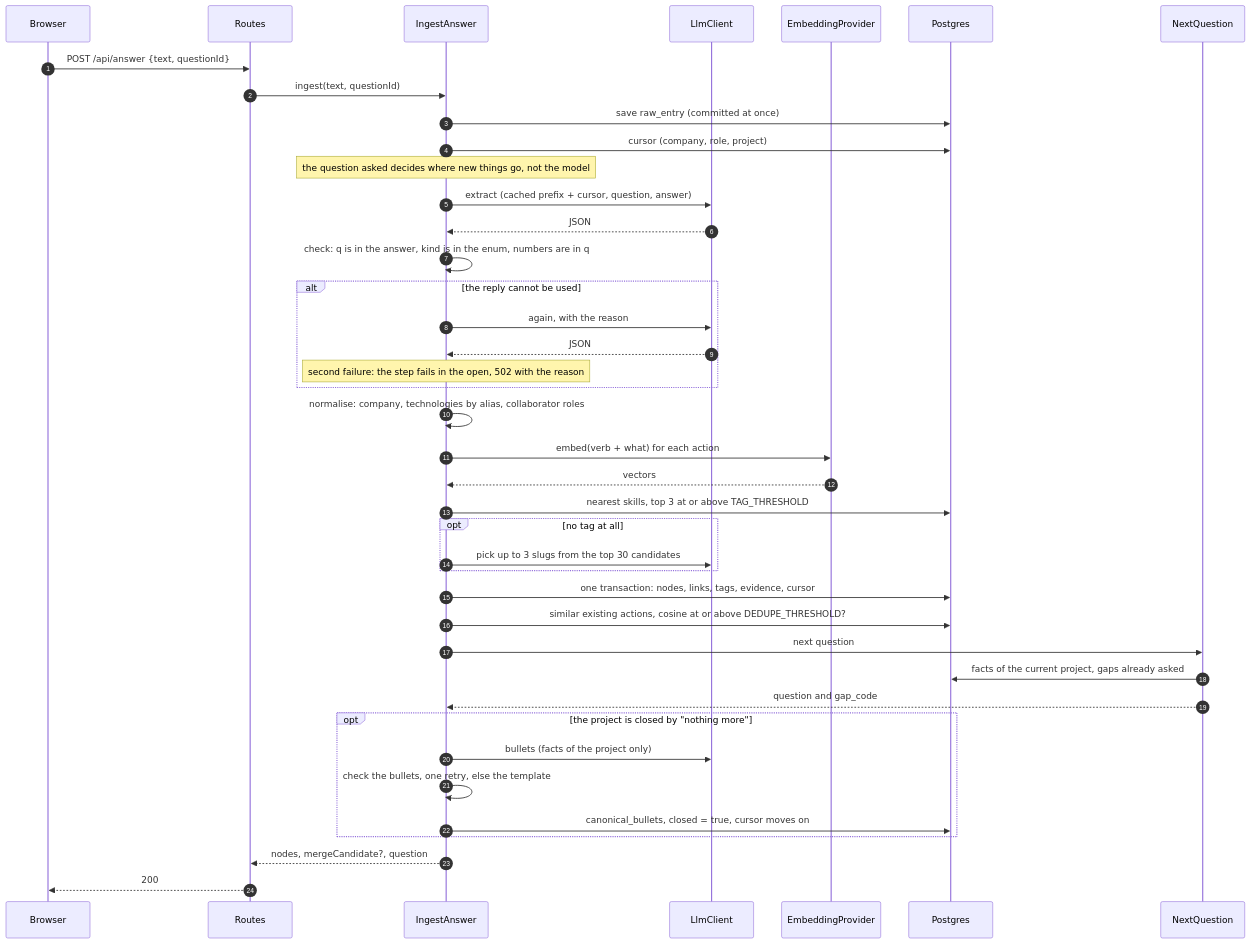
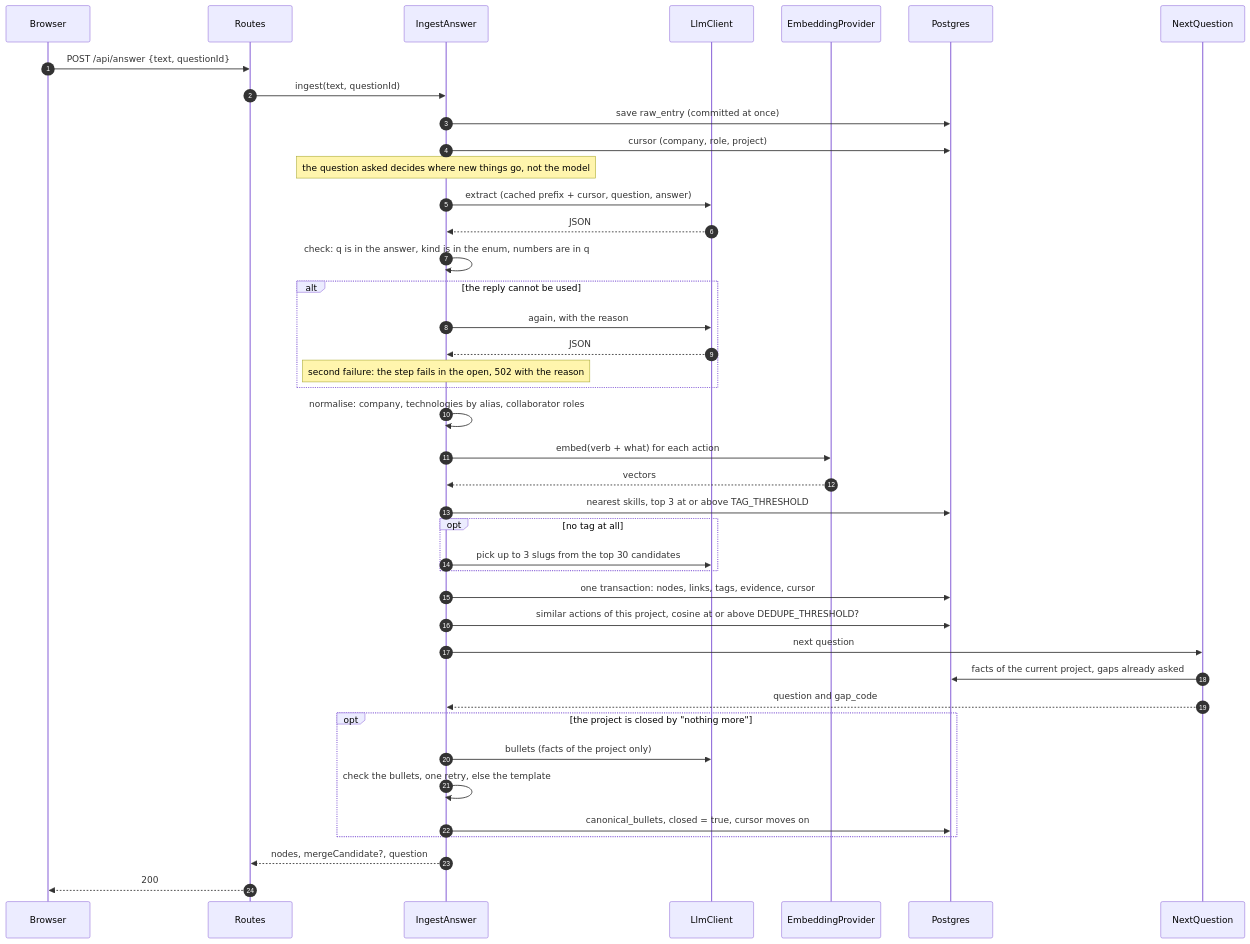
The first of 6 diagrams in docs/adr/ADR-101-knowledge-core-proof-of-concept.md (yuriisurzhykov/Tallyvane), drawn with Mermaid before and after one commit. The commit also changed other lines of this file and 10 other files, not shown here.

````diff
--- a/docs/adr/ADR-101-knowledge-core-proof-of-concept.md
+++ b/docs/adr/ADR-101-knowledge-core-proof-of-concept.md
@@ -68,44 +68,44 @@
 ```mermaid
 sequenceDiagram
     autonumber
     participant UI as Browser
     participant R as Routes
     participant I as IngestAnswer
     participant L as LlmClient
     participant E as EmbeddingProvider
     participant DB as Postgres
     participant N as NextQuestion
 
     UI->>R: POST /api/answer {text, questionId}
     R->>I: ingest(text, questionId)
     I->>DB: save raw_entry (committed at once)
     I->>DB: cursor (company, role, project)
     Note over I: the question asked decides where new things go, not the model
     I->>L: extract (cached prefix + cursor, question, answer)
     L-->>I: JSON
     I->>I: check: q is in the answer, kind is in the enum, numbers are in q
     alt the reply cannot be used
         I->>L: again, with the reason
         L-->>I: JSON
         Note over I: second failure: the step fails in the open, 502 with the reason
     end
     I->>I: normalise: company, technologies by alias, collaborator roles
     I->>E: embed(verb + what) for each action
     E-->>I: vectors
     I->>DB: nearest skills, top 3 at or above TAG_THRESHOLD
     opt no tag at all
         I->>L: pick up to 3 slugs from the top 30 candidates
     end
     I->>DB: one transaction: nodes, links, tags, evidence, cursor
-    I->>DB: similar existing actions, cosine at or above DEDUPE_THRESHOLD?
+    I->>DB: similar actions of this project, cosine at or above DEDUPE_THRESHOLD?
     I->>N: next question
     N->>DB: facts of the current project, gaps already asked
     N-->>I: question and gap_code
     opt the project is closed by "nothing more"
         I->>L: bullets (facts of the project only)
         I->>I: check the bullets, one retry, else the template
         I->>DB: canonical_bullets, closed = true, cursor moves on
     end
     I-->>R: nodes, mergeCandidate?, question
     R-->>UI: 200
 ```
````
